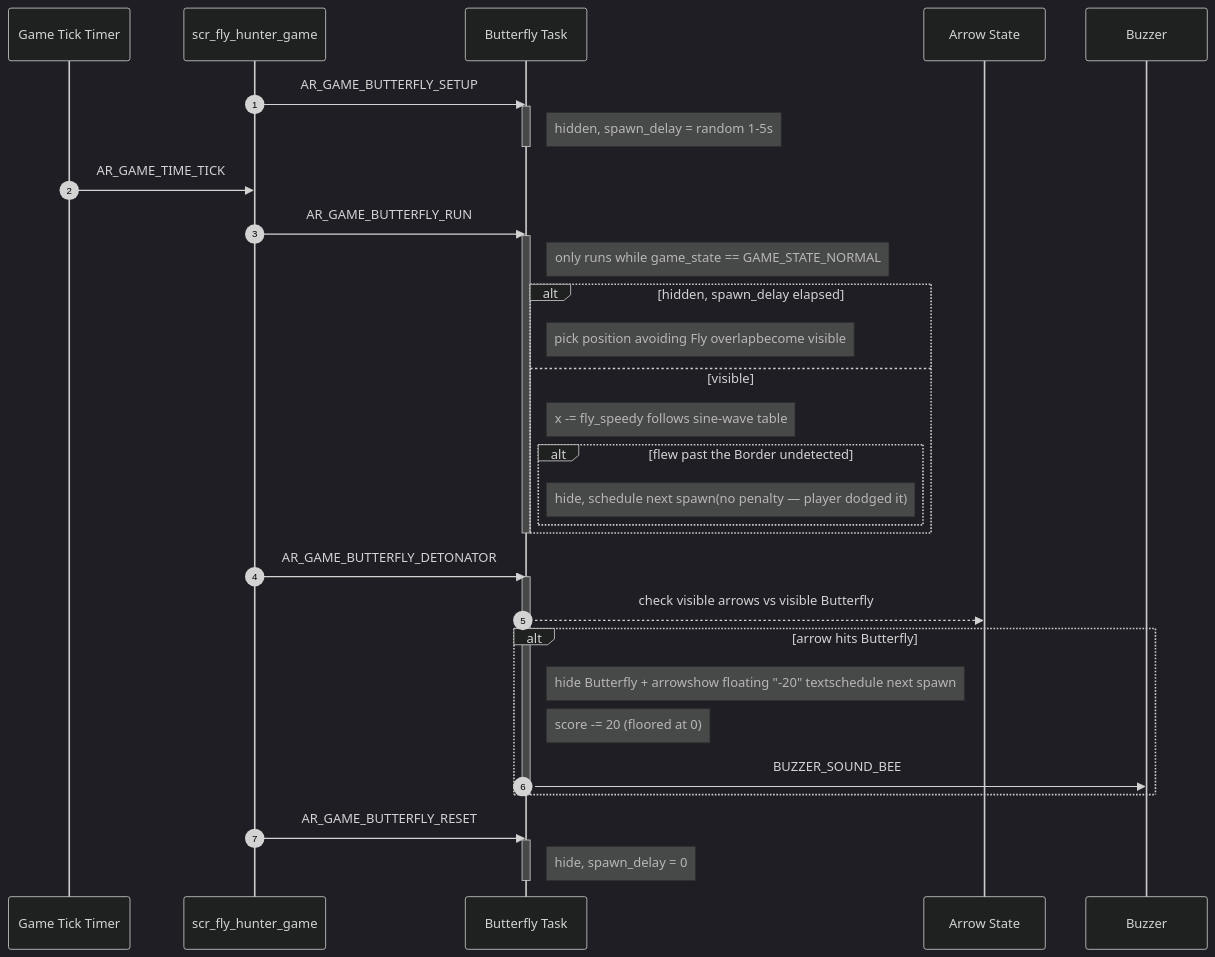
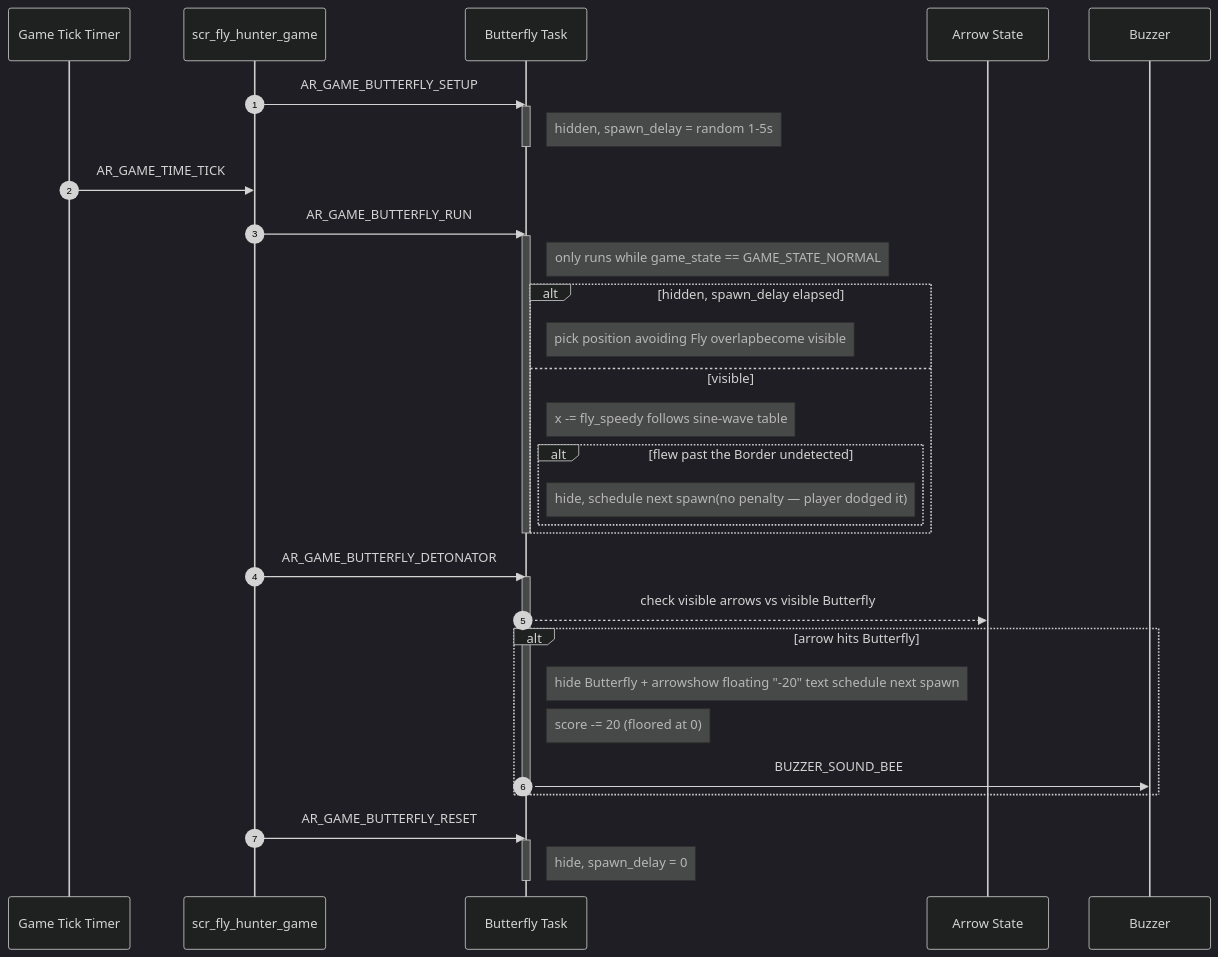
One commit to PhanVanTranh/Fly_Hunter_Game changed the fourth of 8 diagrams in docs/03-design-sequence-object.md. Above: the diagram before and after it, drawn with Mermaid (dark theme). The commit also changed other lines of this file, not shown here.

Commit message:
Fix formatting and spacing in design sequence document

````diff
--- a/docs/03-design-sequence-object.md
+++ b/docs/03-design-sequence-object.md
@@ -156,43 +156,43 @@
 ```mermaid
 sequenceDiagram
     autonumber
     participant Timer as Game Tick Timer
     participant Screen as scr_fly_hunter_game
     participant Butterfly as Butterfly Task
     participant Arrow as Arrow State
     participant Buzzer as Buzzer
 
     Screen->>Butterfly: AR_GAME_BUTTERFLY_SETUP
     activate Butterfly
     Note right of Butterfly: hidden, spawn_delay = random 1-5s
     deactivate Butterfly
 
     Timer->>Screen: AR_GAME_TIME_TICK
     Screen->>Butterfly: AR_GAME_BUTTERFLY_RUN
     activate Butterfly
     Note right of Butterfly: only runs while game_state == GAME_STATE_NORMAL
     alt hidden, spawn_delay elapsed
         Note right of Butterfly: pick position avoiding Fly overlapbecome visible
     else visible
         Note right of Butterfly: x -= fly_speedy follows sine-wave table
         alt flew past the Border undetected
             Note right of Butterfly: hide, schedule next spawn(no penalty — player dodged it)
         end
     end
     deactivate Butterfly
 
     Screen->>Butterfly: AR_GAME_BUTTERFLY_DETONATOR
     activate Butterfly
     Butterfly-->>Arrow: check visible arrows vs visible Butterfly
     alt arrow hits Butterfly
-        Note right of Butterfly: hide Butterfly + arrowshow floating "-20" textschedule next spawn
+        Note right of Butterfly: hide Butterfly + arrowshow floating "-20" text schedule next spawn
         Note right of Butterfly: score -= 20 (floored at 0)
         Butterfly->>Buzzer: BUZZER_SOUND_BEE
     end
     deactivate Butterfly
 
     Screen->>Butterfly: AR_GAME_BUTTERFLY_RESET
     activate Butterfly
     Note right of Butterfly: hide, spawn_delay = 0
     deactivate Butterfly
 ```
````
